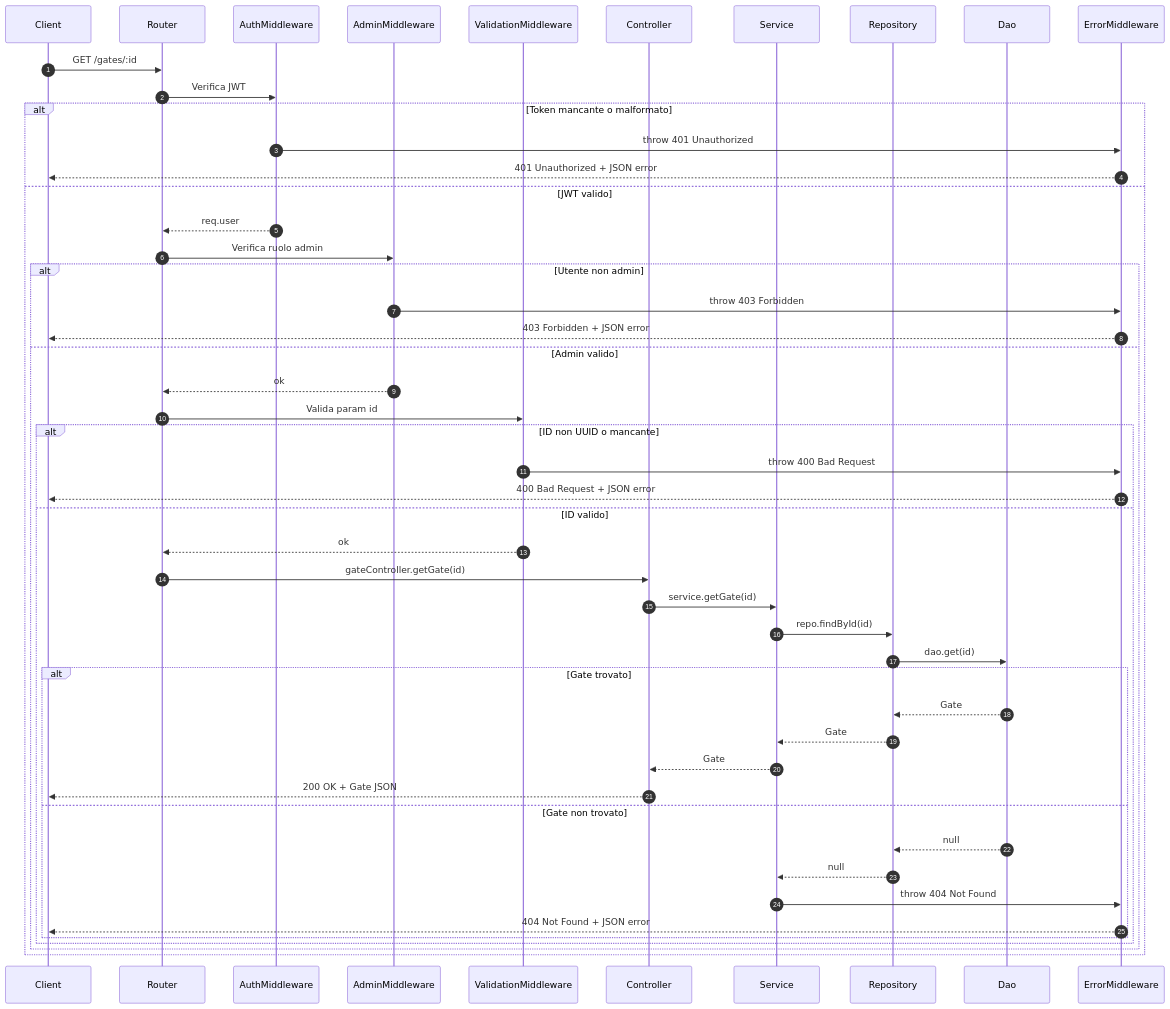
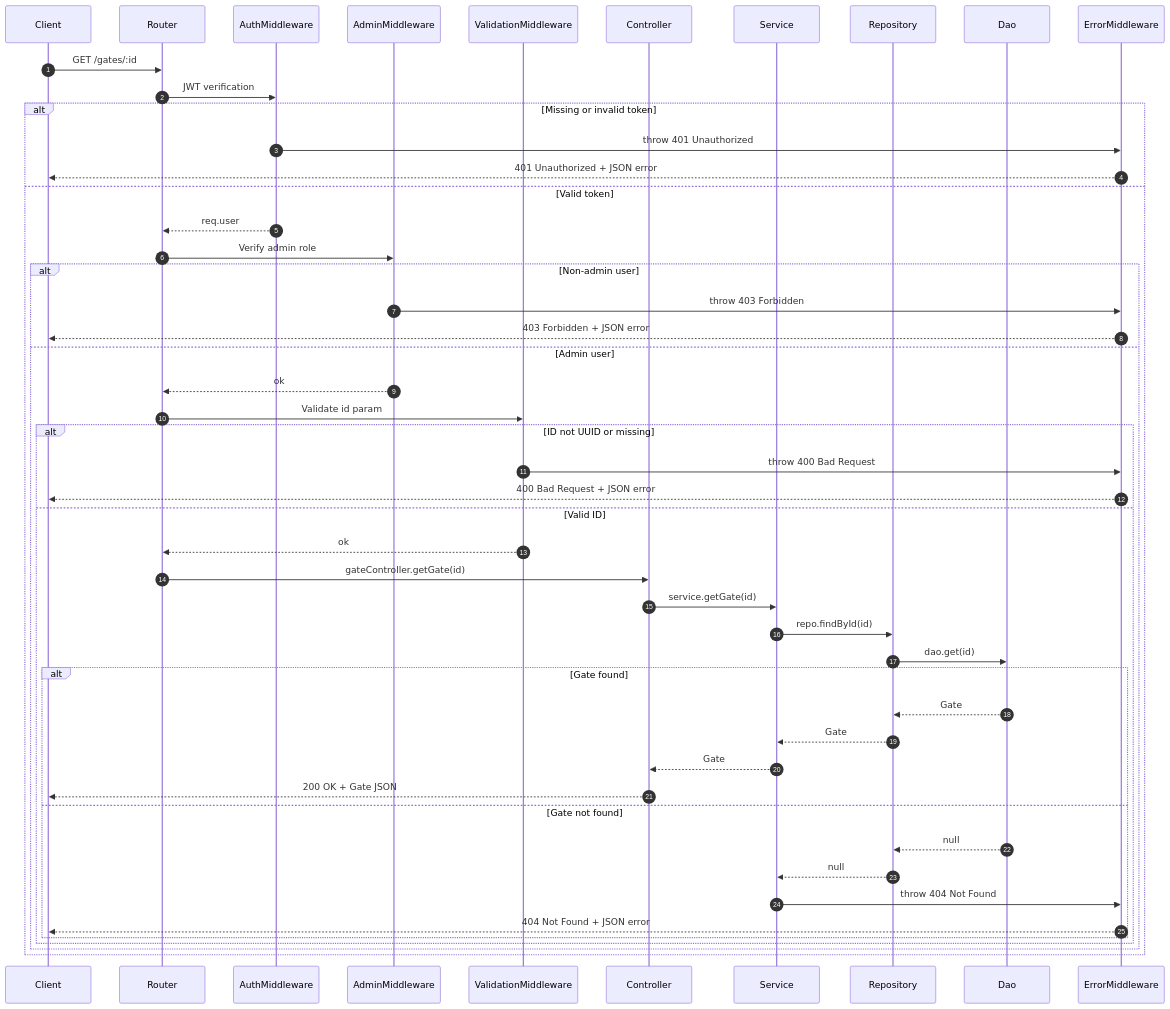
Before and after one commit to davideticchiarelli01/SafeGate_PA: the third of 4 diagrams in README.md, drawn with Mermaid. The commit also changed other lines of this file, not shown here.

````diff
--- a/README.md
+++ b/README.md
@@ -323,61 +321,61 @@
 ``` mermaid
 sequenceDiagram
     autonumber
     participant Client
     participant Router
     participant AuthMiddleware
     participant AdminMiddleware
     participant ValidationMiddleware
     participant Controller
     participant Service
     participant Repository
     participant Dao
     participant ErrorMiddleware
 
     Client->>Router: GET /gates/:id
 
-    %% Autenticazione
-    Router->>AuthMiddleware: Verifica JWT
-    alt Token mancante o malformato
+    %% Authentication
+    Router->>AuthMiddleware: JWT verification
+    alt Missing or invalid token 
         AuthMiddleware->>ErrorMiddleware: throw 401 Unauthorized
         ErrorMiddleware-->>Client: 401 Unauthorized + JSON error
-    else JWT valido
+    else Valid token
         AuthMiddleware-->>Router: req.user
 
-        %% Autorizzazione
-        Router->>AdminMiddleware: Verifica ruolo admin
-        alt Utente non admin
+        %% Authorization
+        Router->>AdminMiddleware: Verify admin role
+        alt Non-admin user
             AdminMiddleware->>ErrorMiddleware: throw 403 Forbidden
             ErrorMiddleware-->>Client: 403 Forbidden + JSON error
-        else Admin valido
+        else Admin user
             AdminMiddleware-->>Router: ok
 
-            %% Validazione ID
-            Router->>ValidationMiddleware: Valida param id
-            alt ID non UUID o mancante
+            %% ID validation
+            Router->>ValidationMiddleware: Validate id param
+            alt ID not UUID or missing
                 ValidationMiddleware->>ErrorMiddleware: throw 400 Bad Request
                 ErrorMiddleware-->>Client: 400 Bad Request + JSON error
-            else ID valido
+            else Valid ID
                 ValidationMiddleware-->>Router: ok
 
-                %% Chiamata al controller
+                %% Controller call
                 Router->>Controller: gateController.getGate(id)
                 Controller->>Service: service.getGate(id)
                 Service->>Repository: repo.findById(id)
                 Repository->>Dao: dao.get(id)
 
-                alt Gate trovato
+                alt Gate found
                     Dao-->>Repository: Gate
                     Repository-->>Service: Gate
                     Service-->>Controller: Gate
                     Controller-->>Client: 200 OK + Gate JSON
-                else Gate non trovato
+                else Gate not found
                     Dao-->>Repository: null
                     Repository-->>Service: null
                     Service->>ErrorMiddleware: throw 404 Not Found
                     ErrorMiddleware-->>Client: 404 Not Found + JSON error
                 end
             end
         end
     end
 ```
````
